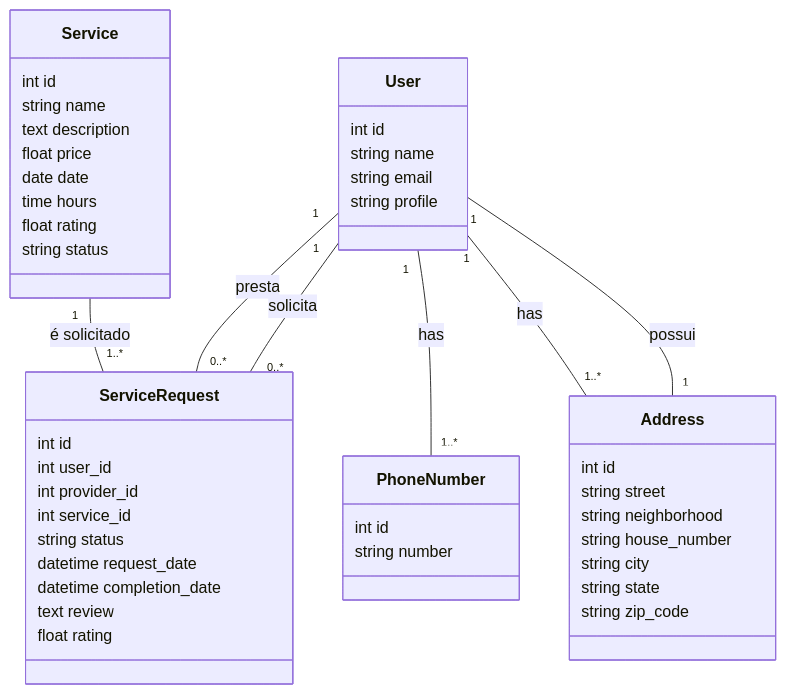
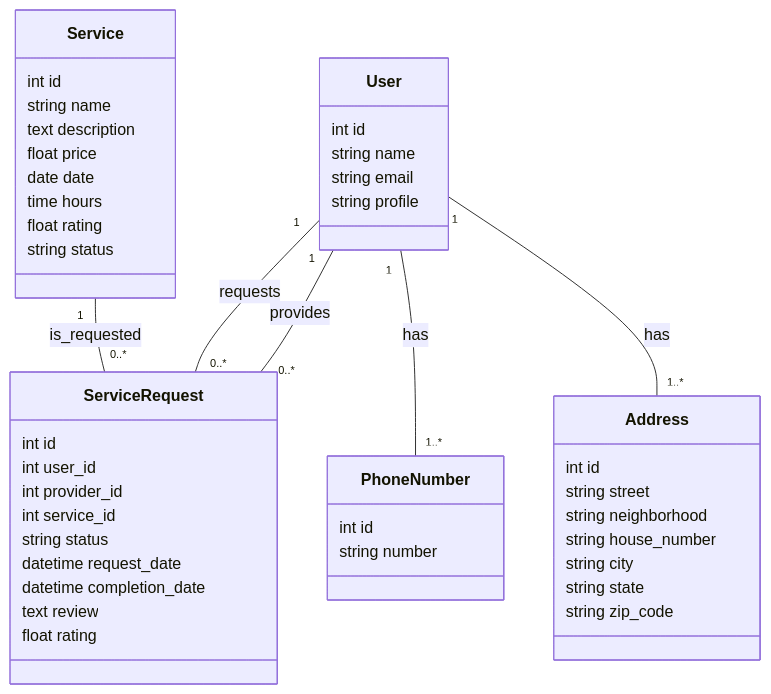
One commit to Luisf66/Services_Py-Django changed the diagram in README.md. Above: the diagram before and after it, drawn with Mermaid.

Commit message:
docs: correction in class diagram

````diff
--- a/README.md
+++ b/README.md
@@ -15,54 +15,53 @@
 ```mermaid
 classDiagram
 class Service {
         int id
         string name
         text description
         float price
         date date
         time hours
         float rating
         string status
     }
 
     class User {
         int id
         string name
         string email
         string profile
     }
     
     class PhoneNumber {
         int id
         string number
     }
     
     class Address {
         int id
         string street
         string neighborhood
         string house_number
         string city
         string state
         string zip_code
     }
 
     class ServiceRequest {
         int id
         int user_id
         int provider_id
         int service_id
         string status
         datetime request_date
         datetime completion_date
         text review
         float rating
     }
 
-    User "1" -- "0..*" ServiceRequest : solicita
-    User "1" -- "0..*" ServiceRequest : presta
-    Service "1" -- "1..*" ServiceRequest : é solicitado
-    User "1" -- "1" Address : possui
+    User "1" -- "0..*" ServiceRequest : requests
+    User "1" -- "0..*" ServiceRequest : provides
+    Service "1" -- "0..*" ServiceRequest : is_requested
     User "1" -- "1..*" PhoneNumber : has
     User "1" -- "1..*" Address : has
 ```
````
